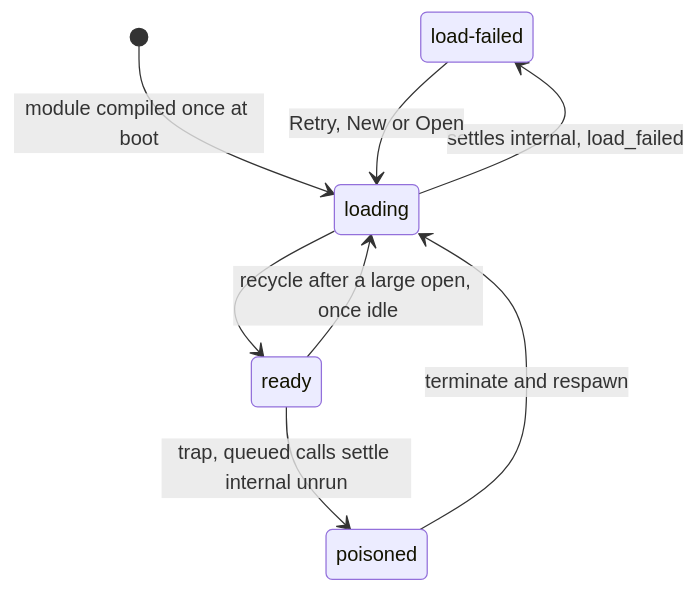
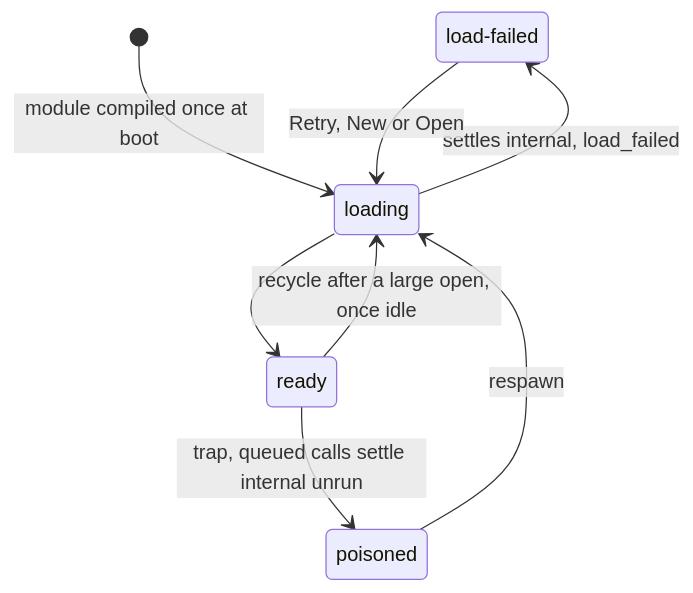
Diagram 14 of 14 in docs/architecture/states.md (opencanopi/canopi), drawn with Mermaid before and after one commit. The commit also changed other lines of this file and 33 other files, not shown here.

Commit message:
docs: apply the architecture review's findings to ADRs, plan, contracts, ledger and model

````diff
--- a/docs/architecture/states.md
+++ b/docs/architecture/states.md
@@ -283,11 +313,11 @@
 ```mermaid
 stateDiagram-v2
   state "load-failed" as load_failed
   [*] --> loading: module compiled once at boot
   loading --> ready
   loading --> load_failed: settles internal, load_failed
   load_failed --> loading: Retry, New or Open
   ready --> poisoned: trap, queued calls settle internal unrun
-  poisoned --> loading: terminate and respawn
+  poisoned --> loading: respawn
   ready --> loading: recycle after a large open, once idle
 ```
````
